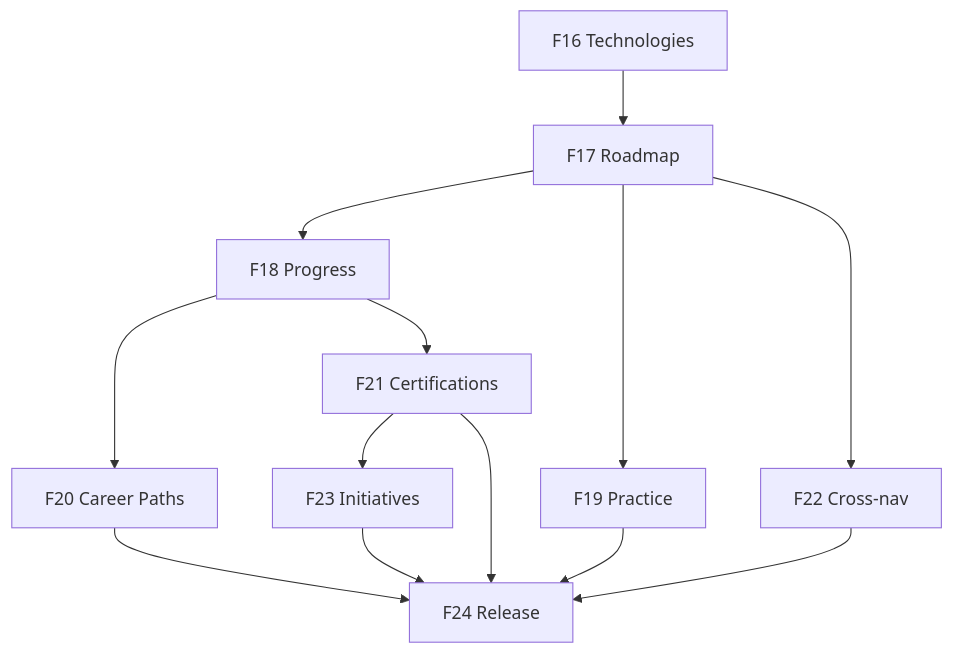
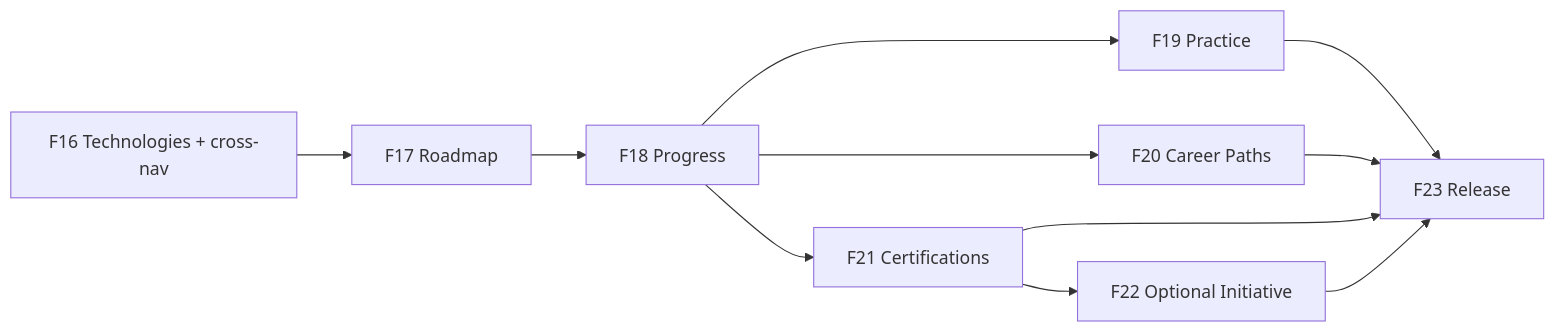
The diagram in docs/v0.8.0/05-roadmap.md (Kamaleshwarr/Infras-Learnhub), drawn with Mermaid before and after one commit. The commit also changed other lines of this file and 5 other files, not shown here.

````diff
--- a/docs/v0.8.0/05-roadmap.md
+++ b/docs/v0.8.0/05-roadmap.md
@@ -64,15 +52,13 @@
 ```mermaid
-flowchart TD
-    F16[F16 Technologies] --> F17[F17 Roadmap]
+flowchart LR
+    F16[F16 Technologies + cross-nav] --> F17[F17 Roadmap]
     F17 --> F18[F18 Progress]
-    F17 --> F19[F19 Practice]
-    F17 --> F22[F22 Cross-nav]
+    F18 --> F19[F19 Practice]
     F18 --> F20[F20 Career Paths]
     F18 --> F21[F21 Certifications]
-    F21 --> F23[F23 Initiatives]
-    F19 --> F24[F24 Release]
-    F20 --> F24
-    F21 --> F24
-    F22 --> F24
-    F23 --> F24
+    F21 --> F22[F22 Optional Initiative]
+    F19 --> F23[F23 Release]
+    F20 --> F23
+    F21 --> F23
+    F22 --> F23
 ```
````
